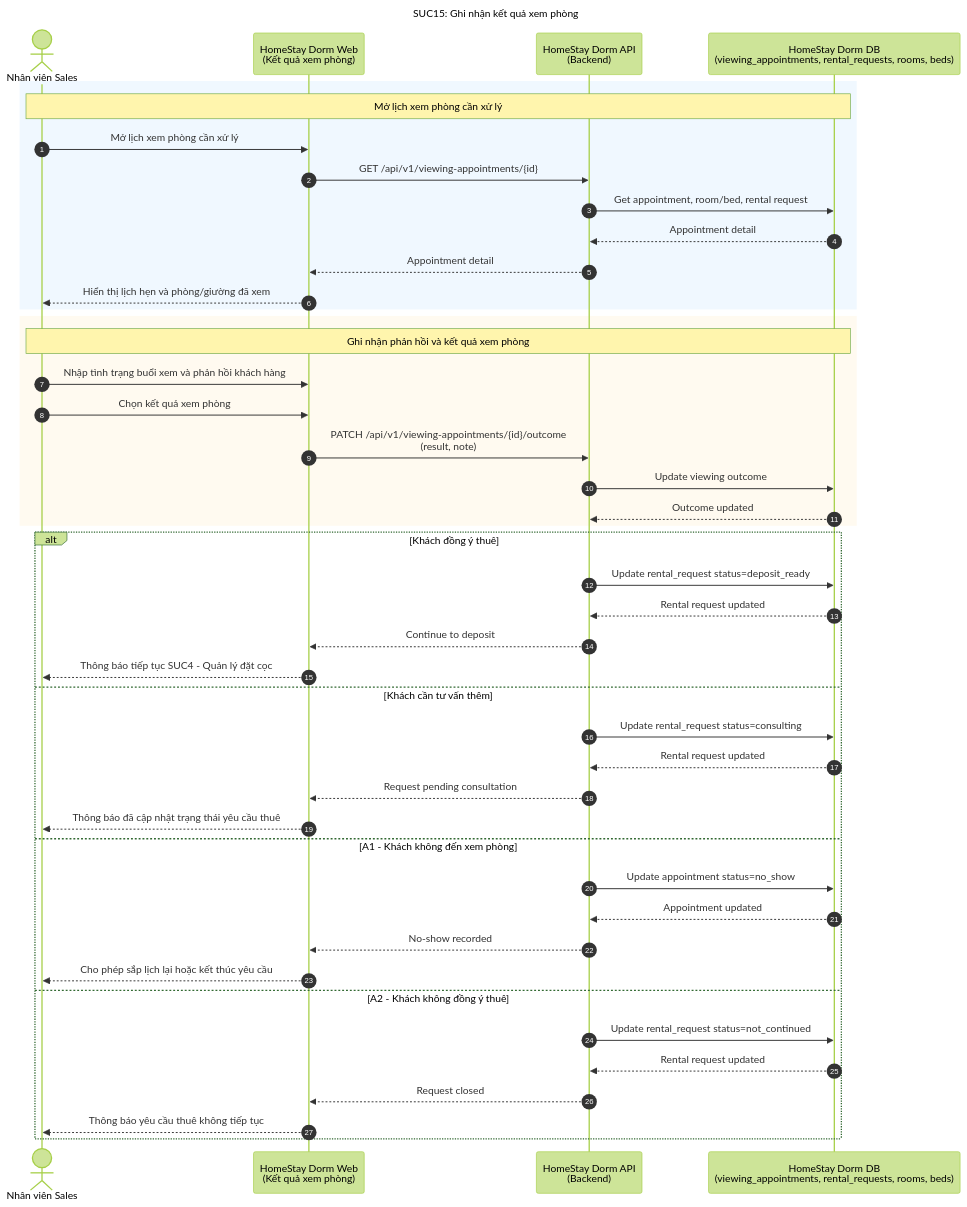
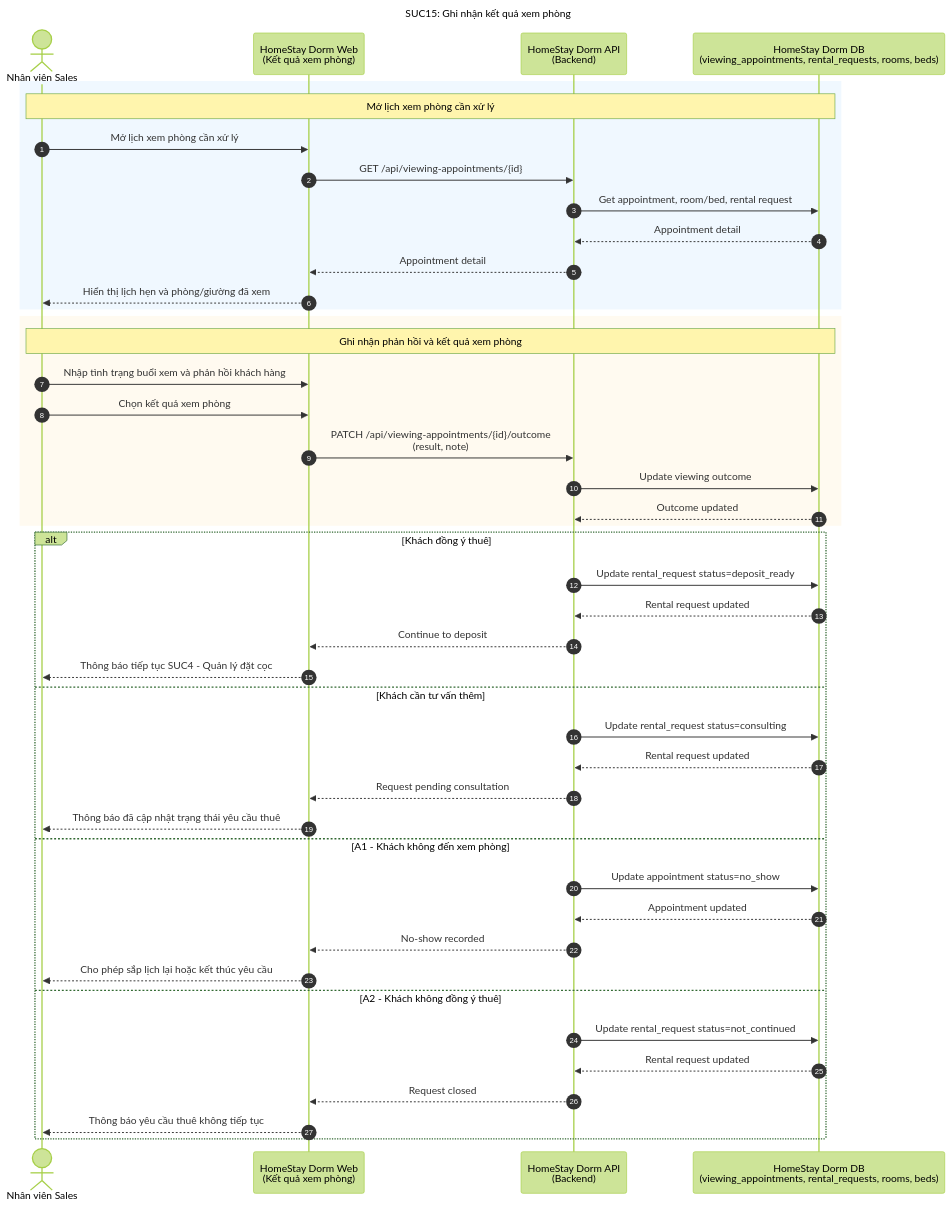
Before and after one commit to dinhdaivu/CSC12004_Information-Systems-Analysis-and-Design: the diagram in docs/SUC/SUC15-ghi-nhan-ket-qua-xem-phong.mmd, drawn with Mermaid (forest theme). The commit also changed 47 other files, not shown here.

```diff
--- a/docs/SUC/SUC15-ghi-nhan-ket-qua-xem-phong.mmd
+++ b/docs/SUC/SUC15-ghi-nhan-ket-qua-xem-phong.mmd
@@ -1,48 +1,48 @@
 sequenceDiagram
     title SUC15: Ghi nhận kết quả xem phòng
     autonumber
     actor S as Nhân viên Sales
     participant Web as HomeStay Dorm Web<br/>(Kết quả xem phòng)
     participant API as HomeStay Dorm API<br/>(Backend)
     participant DB as HomeStay Dorm DB<br/>(viewing_appointments, rental_requests, rooms, beds)
 
     rect rgb(240, 248, 255)
         Note over S, DB: Mở lịch xem phòng cần xử lý
         S->>Web: Mở lịch xem phòng cần xử lý
-        Web->>API: GET /api/v1/viewing-appointments/{id}
+        Web->>API: GET /api/viewing-appointments/{id}
         API->>DB: Get appointment, room/bed, rental request
         DB-->>API: Appointment detail
         API-->>Web: Appointment detail
         Web-->>S: Hiển thị lịch hẹn và phòng/giường đã xem
     end
 
     rect rgb(255, 250, 240)
         Note over S, DB: Ghi nhận phản hồi và kết quả xem phòng
         S->>Web: Nhập tình trạng buổi xem và phản hồi khách hàng
         S->>Web: Chọn kết quả xem phòng
-        Web->>API: PATCH /api/v1/viewing-appointments/{id}/outcome<br/>(result, note)
+        Web->>API: PATCH /api/viewing-appointments/{id}/outcome<br/>(result, note)
         API->>DB: Update viewing outcome
         DB-->>API: Outcome updated
     end
 
     alt Khách đồng ý thuê
         API->>DB: Update rental_request status=deposit_ready
         DB-->>API: Rental request updated
         API-->>Web: Continue to deposit
         Web-->>S: Thông báo tiếp tục SUC4 - Quản lý đặt cọc
     else Khách cần tư vấn thêm
         API->>DB: Update rental_request status=consulting
         DB-->>API: Rental request updated
         API-->>Web: Request pending consultation
         Web-->>S: Thông báo đã cập nhật trạng thái yêu cầu thuê
     else A1 - Khách không đến xem phòng
         API->>DB: Update appointment status=no_show
         DB-->>API: Appointment updated
         API-->>Web: No-show recorded
         Web-->>S: Cho phép sắp lịch lại hoặc kết thúc yêu cầu
     else A2 - Khách không đồng ý thuê
         API->>DB: Update rental_request status=not_continued
         DB-->>API: Rental request updated
         API-->>Web: Request closed
         Web-->>S: Thông báo yêu cầu thuê không tiếp tục
     end
```
